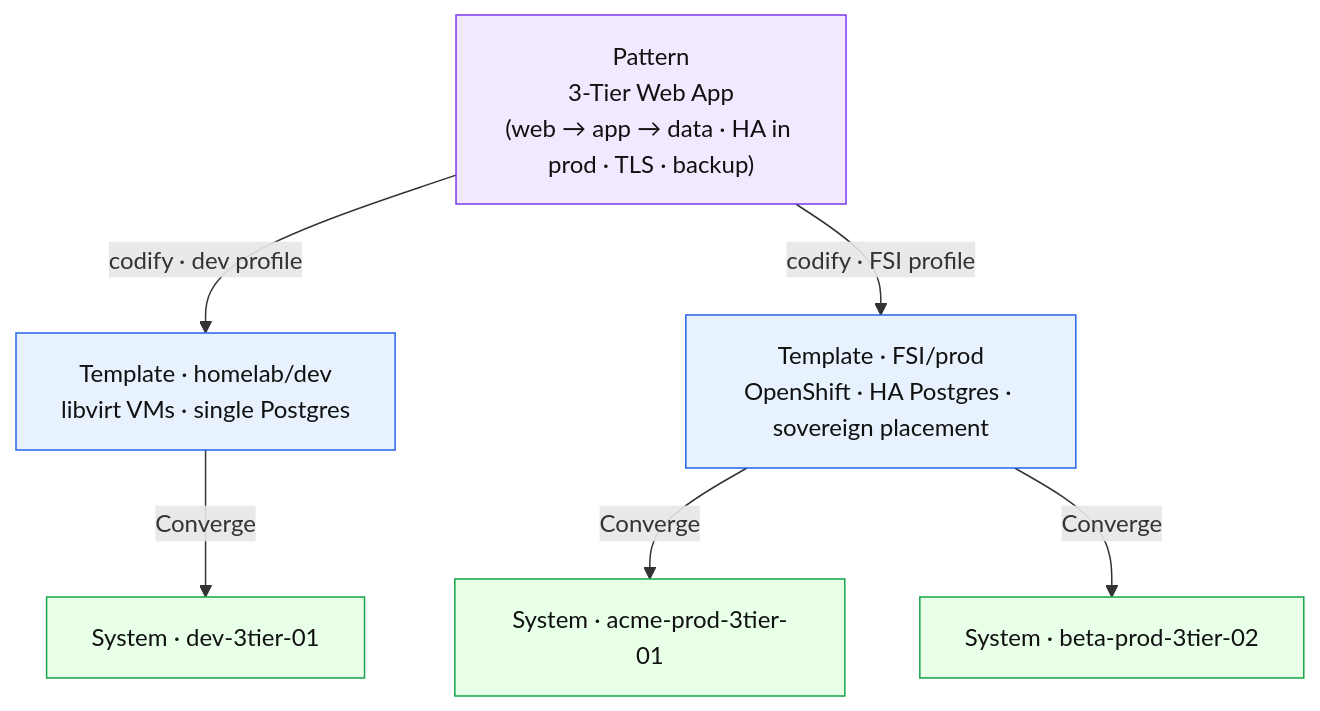
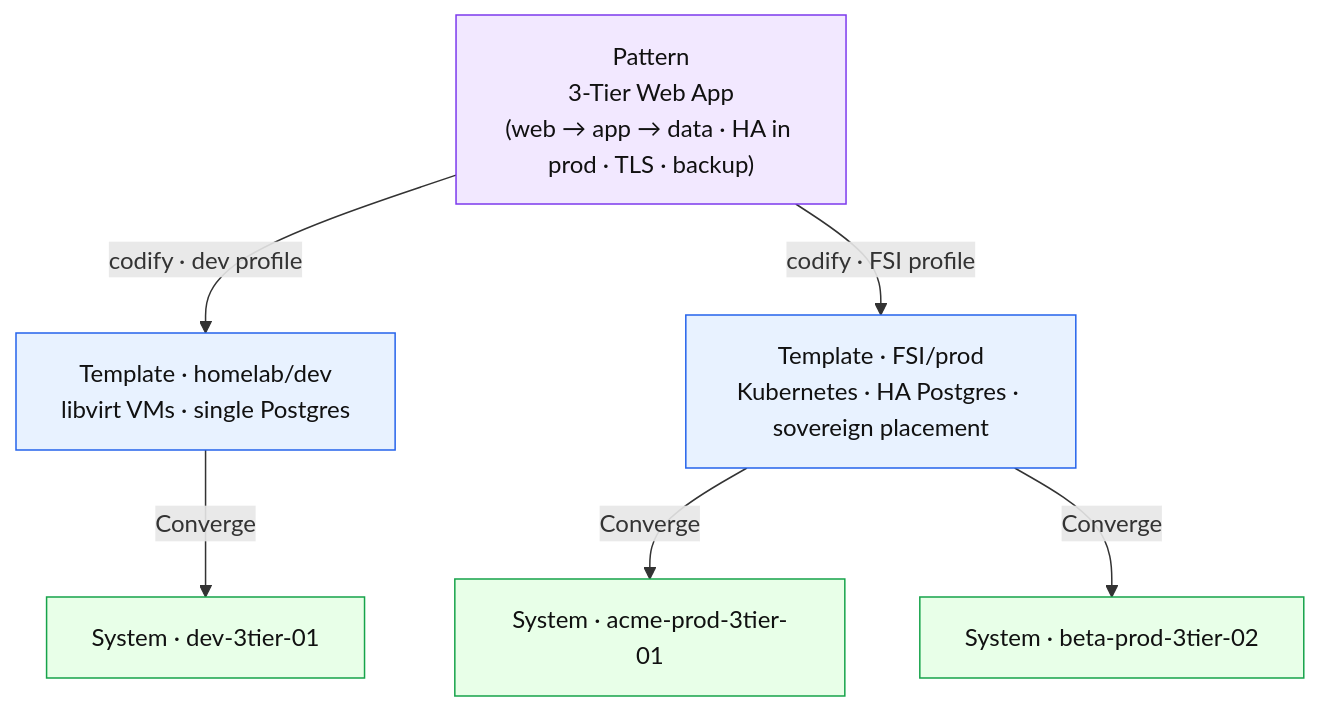
One commit to croadfeldt/udlm changed the second of 4 diagrams in docs/flows/template-assembly.md. Above: the diagram before and after it, drawn with Mermaid. The commit also changed other lines of this file and 41 other files, not shown here.

````diff
--- a/docs/flows/template-assembly.md
+++ b/docs/flows/template-assembly.md
@@ -37,12 +37,12 @@
 ```mermaid
 flowchart TD
     PAT["Pattern<br/>3-Tier Web App<br/>(web → app → data · HA in prod · TLS · backup)"]:::p
     PAT -->|codify · dev profile| T1["Template · homelab/dev<br/>libvirt VMs · single Postgres"]:::t
-    PAT -->|codify · FSI profile| T2["Template · FSI/prod<br/>OpenShift · HA Postgres · sovereign placement"]:::t
+    PAT -->|codify · FSI profile| T2["Template · FSI/prod<br/>Kubernetes · HA Postgres · sovereign placement"]:::t
     T1 -->|Converge| S1["System · dev-3tier-01"]:::s
     T2 -->|Converge| S2["System · acme-prod-3tier-01"]:::s
     T2 -->|Converge| S3["System · beta-prod-3tier-02"]:::s
     classDef p fill:#f2e8ff,stroke:#7c3aed,color:#111
     classDef t fill:#e8f2ff,stroke:#2563eb,color:#111
     classDef s fill:#e8ffe8,stroke:#16a34a,color:#111
 ```
````
